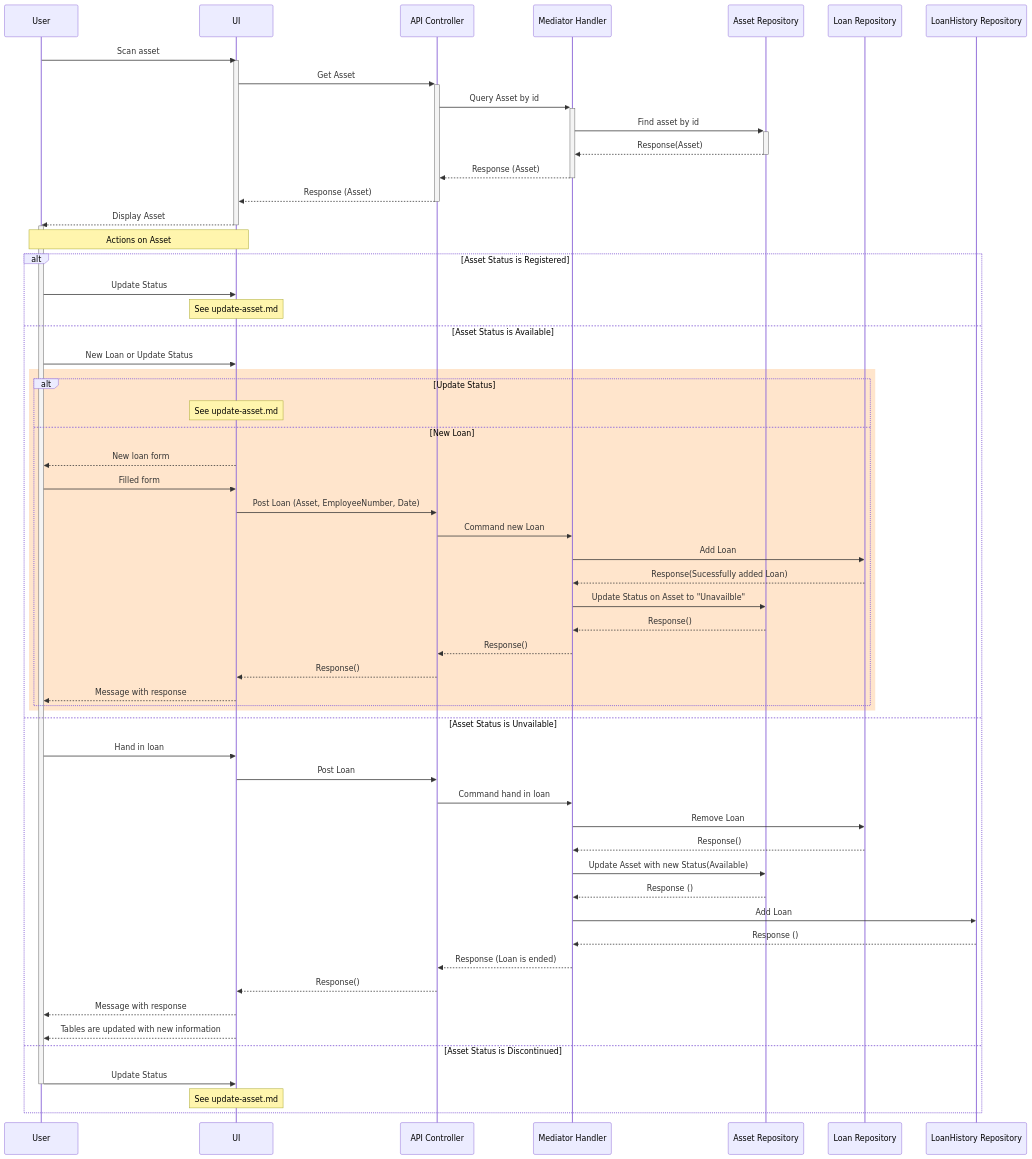
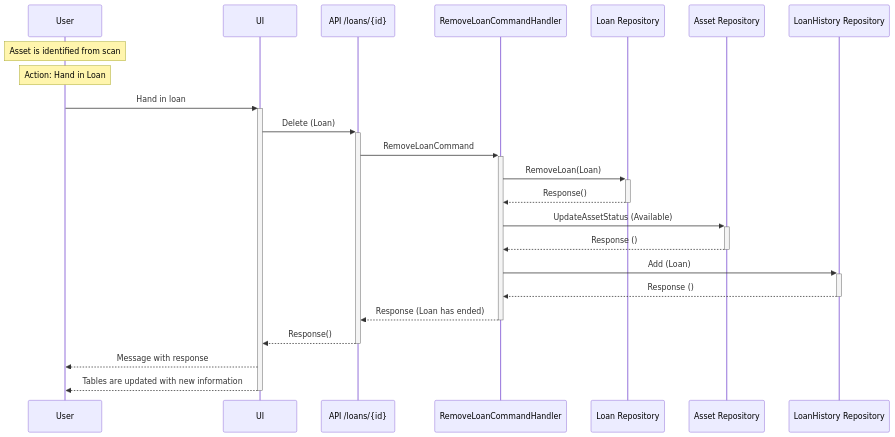
Before and after one commit to livun/bouvet-asset-hub: the second of 2 diagrams in docs/sequence-diagrams/loan.md, drawn with Mermaid. The commit also changed other lines of this file and 4 other files, not shown here.

Commit message:
more sequende diagrams

````diff
--- a/docs/sequence-diagrams/loan.md
+++ b/docs/sequence-diagrams/loan.md
@@ -3,64 +27,33 @@
 ```mermaid
 sequenceDiagram
-    User ->> UI : Scan asset
-    Activate UI
-        UI ->>+ API Controller: Get Asset
-        API Controller ->>+ Mediator Handler : Query Asset by id
-        Mediator Handler ->>+ Asset Repository : Find asset by id
-        Asset Repository -->>- Mediator Handler : Response(Asset)
-        Mediator Handler -->>- API Controller : Response (Asset)
-        API Controller -->>- UI : Response (Asset)
-        UI -->> User: Display Asset
+    Note over User : Asset is identified from scan
 
-        Deactivate UI
-        Activate User
-
-        Note over User, UI: Actions on Asset
-
-        Alt Asset Status is Registered
-            User ->> UI: Update Status
-                    
-            Note over UI: See update-asset.md 
-        Else Asset Status is Available
-            User ->> UI: New Loan or Update Status
-            rect rgb(255, 229, 204)
-                Alt Update Status
-                    Note over UI: See update-asset.md 
-                else New Loan
-                    UI -->> User : New loan form
-                    User ->> UI : Filled form 
-                    UI ->> API Controller : Post Loan (Asset, EmployeeNumber, Date)
-                    API Controller ->> Mediator Handler : Command new Loan
-                    Mediator Handler ->> Loan Repository : Add Loan
-                    Loan Repository -->> Mediator Handler : Response(Sucessfully added Loan)
-                    Mediator Handler ->> Asset Repository : Update Status on Asset to "Unavailble"
-                    Asset Repository -->> Mediator Handler : Response()   
-                    Mediator Handler -->> API Controller : Response() 
-                    API Controller -->> UI : Response()
-                    UI -->> User : Message with response
-                end
-            End
-        Else Asset Status is Unvailable
-            User ->> UI: Hand in loan
-            UI ->> API Controller : Post Loan
-            API Controller ->> Mediator Handler : Command hand in loan
-            Mediator Handler ->> Loan Repository : Remove Loan
-            Loan Repository -->> Mediator Handler : Response()
-
-            Mediator Handler ->> Asset Repository : Update Asset with new Status(Available)
-            Asset Repository -->> Mediator Handler : Response ()
-            Mediator Handler ->> LoanHistory Repository : Add Loan
-            LoanHistory Repository -->> Mediator Handler : Response ()
-            Mediator Handler -->> API Controller : Response (Loan is ended) 
-            API Controller -->> UI : Response()
-            UI -->> User : Message with response
-            UI -->> User : Tables are updated with new information
-        Else Asset Status is Discontinued
-            User ->> UI: Update Status
-        Deactivate User
-            Note over UI: See update-asset.md 
-
-        End
+    Note over User : Action: Hand in Loan
     
+    User ->>+ UI: Hand in loan
+   
+    UI ->>+ API /loans/{id} : Delete (Loan)
     
+    API /loans/{id}  ->>+ RemoveLoanCommandHandler : RemoveLoanCommand
+    
+    RemoveLoanCommandHandler ->>+ Loan Repository : RemoveLoan(Loan)
+    
+    Loan Repository -->>- RemoveLoanCommandHandler : Response()
+    
+    RemoveLoanCommandHandler ->>+ Asset Repository : UpdateAssetStatus (Available)
+    
+    Asset Repository -->>- RemoveLoanCommandHandler : Response ()
+    
+    RemoveLoanCommandHandler ->>+ LoanHistory Repository : Add (Loan)
+    
+    LoanHistory Repository -->>- RemoveLoanCommandHandler : Response ()
+    
+    RemoveLoanCommandHandler -->>- API /loans/{id}  : Response (Loan has ended) 
+    
+    API /loans/{id}  -->>- UI : Response()
+    
+    UI -->> User : Message with response
+    
+    UI -->>- User : Tables are updated with new information
+  
 ```
````
